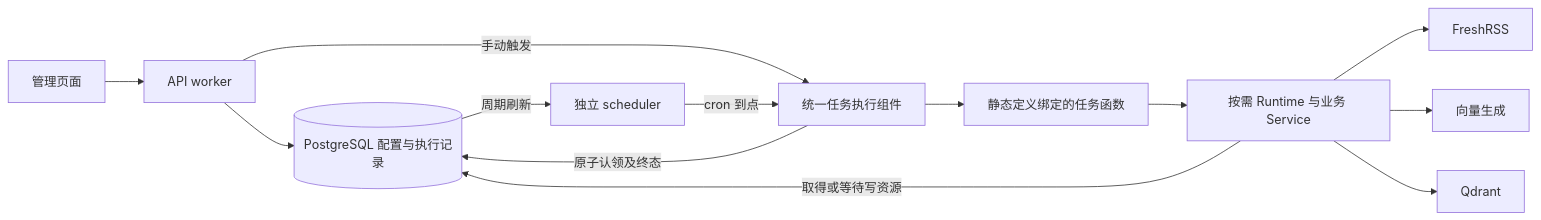
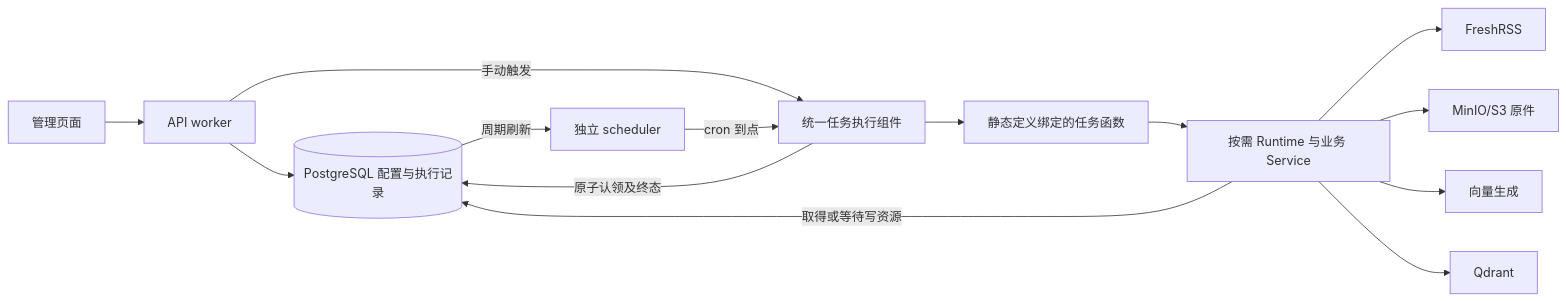
The diagram in docs/flows/scheduled-job-execution.md (zhengkanghua/agent-lab), drawn with Mermaid before and after one commit. The commit also changed other lines of this file and 14 other files, not shown here.

````diff
--- a/docs/flows/scheduled-job-execution.md
+++ b/docs/flows/scheduled-job-execution.md
@@ -5,15 +5,16 @@
 ```mermaid
 flowchart LR
     UI[管理页面] --> API[API worker]
     API --> DB[(PostgreSQL 配置与执行记录)]
     DB -->|周期刷新| SCHED[独立 scheduler]
     API -->|手动触发| EXEC[统一任务执行组件]
     SCHED -->|cron 到点| EXEC
     EXEC -->|原子认领及终态| DB
     EXEC --> TASK[静态定义绑定的任务函数]
     TASK --> WRITE[按需 Runtime 与业务 Service]
     WRITE -->|取得或等待写资源| DB
     WRITE --> RSS[FreshRSS]
+    WRITE --> OBJ[MinIO/S3 原件]
     WRITE --> EMB[向量生成]
     WRITE --> QD[Qdrant]
 ```
````
